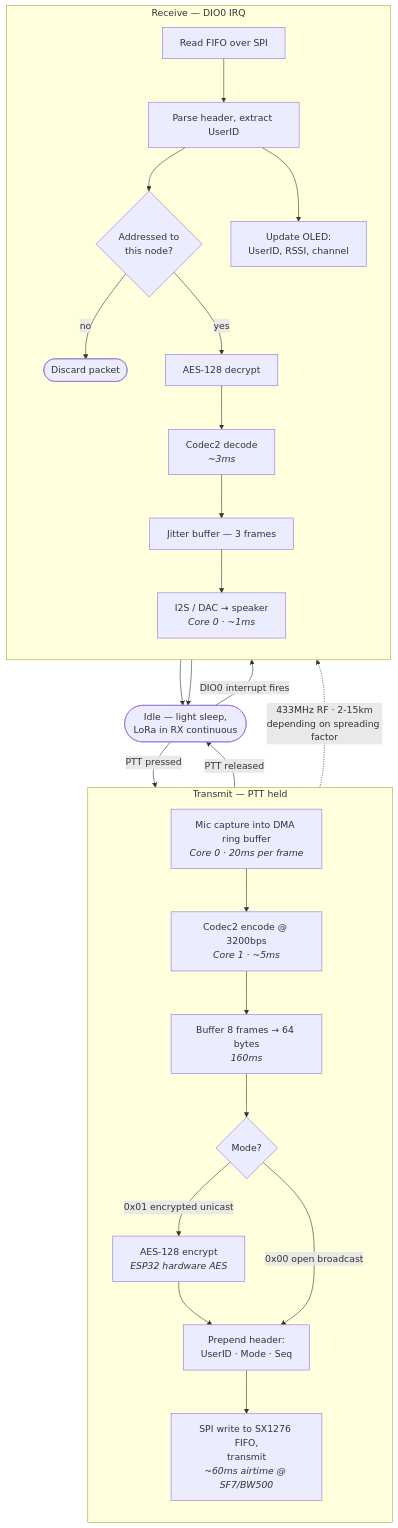
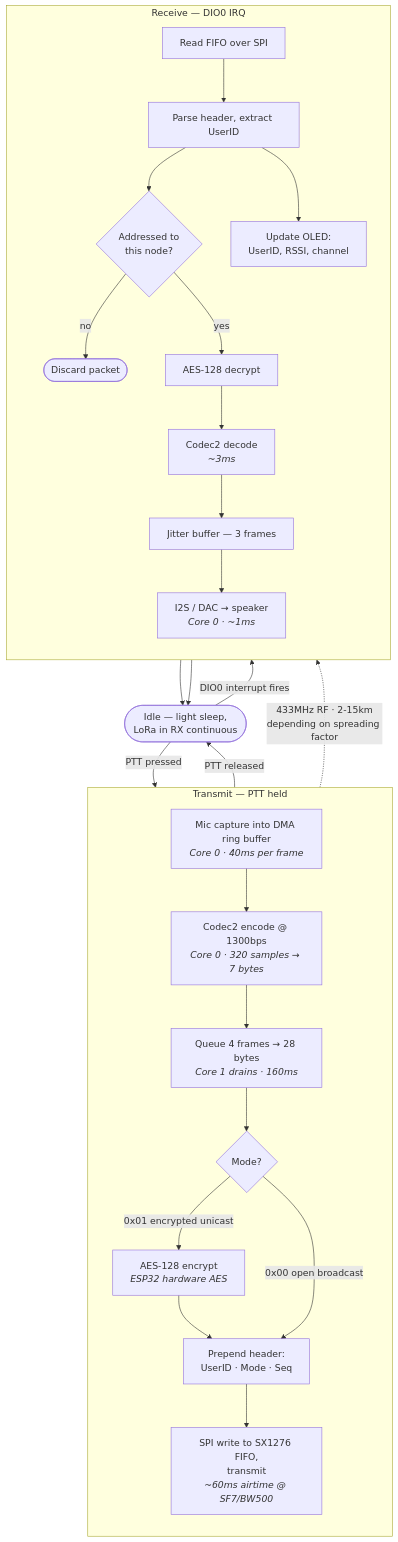
Before and after one commit to NadeeshaNJ/Ranger: the second of 2 diagrams in README.md, drawn with Mermaid. The commit also changed other lines of this file and 5 other files, not shown here.

````diff
--- a/README.md
+++ b/README.md
@@ -95,47 +95,47 @@
 ```mermaid
 flowchart TB
     START(["Idle — light sleep,<br/>LoRa in RX continuous"])
 
     START -->|"PTT pressed"| TX_MODE
     START -->|"DIO0 interrupt fires"| RX_MODE
 
     subgraph TX_MODE["Transmit — PTT held"]
         direction TB
-        T1["Mic capture into DMA ring buffer<br/><i>Core 0 · 20ms per frame</i>"]
-        T2["Codec2 encode @ 3200bps<br/><i>Core 1 · ~5ms</i>"]
-        T3["Buffer 8 frames → 64 bytes<br/><i>160ms</i>"]
+        T1["Mic capture into DMA ring buffer<br/><i>Core 0 · 40ms per frame</i>"]
+        T2["Codec2 encode @ 1300bps<br/><i>Core 0 · 320 samples → 7 bytes</i>"]
+        T3["Queue 4 frames → 28 bytes<br/><i>Core 1 drains · 160ms</i>"]
         T4{"Mode?"}
         T5["AES-128 encrypt<br/><i>ESP32 hardware AES</i>"]
         T6["Prepend header:<br/>UserID · Mode · Seq"]
         T7["SPI write to SX1276 FIFO,<br/>transmit<br/><i>~60ms airtime @ SF7/BW500</i>"]
 
         T1 --> T2 --> T3 --> T4
         T4 -->|"0x01 encrypted unicast"| T5 --> T6
         T4 -->|"0x00 open broadcast"| T6
         T6 --> T7
     end
 
     T7 -.->|"433MHz RF · 2-15km<br/>depending on spreading factor"| R1
 
     subgraph RX_MODE["Receive — DIO0 IRQ"]
         direction TB
         R1["Read FIFO over SPI"]
         R2["Parse header, extract UserID"]
         R3{"Addressed to<br/>this node?"}
         R4["AES-128 decrypt"]
         R5["Codec2 decode<br/><i>~3ms</i>"]
         R6["Jitter buffer — 3 frames"]
         R7["I2S / DAC → speaker<br/><i>Core 0 · ~1ms</i>"]
         R8["Update OLED:<br/>UserID, RSSI, channel"]
         DROP(["Discard packet"])
 
         R1 --> R2 --> R3
         R3 -->|"no"| DROP
         R3 -->|"yes"| R4 --> R5 --> R6 --> R7
         R2 --> R8
     end
 
     T7 -->|"PTT released"| START
     R7 --> START
     DROP --> START
 ```
````
